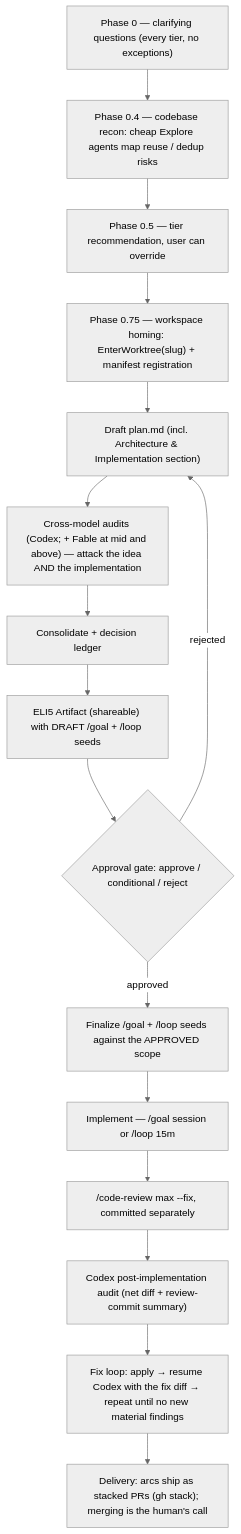
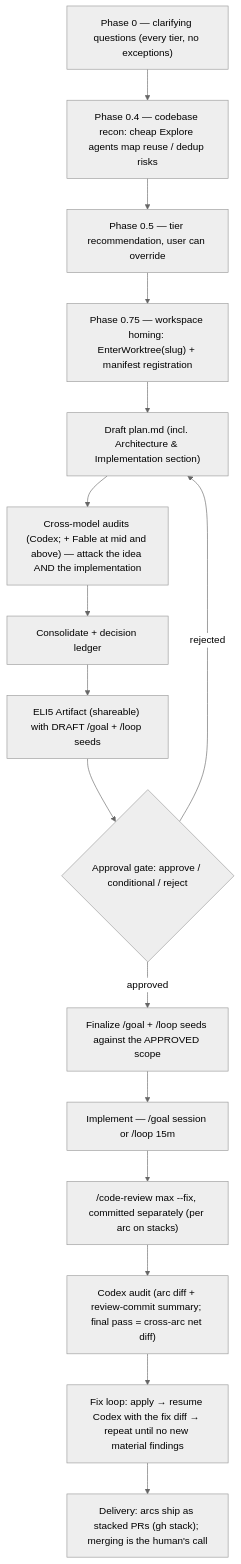
One commit to alejoamiras/aa-skills changed the diagram in skills/blueprint/README.md. Above: the diagram before and after it, drawn with Mermaid (neutral theme). The commit also changed other lines of this file and 1 other file, not shown here.

Commit message:
feat(blueprint): quality loops run per arc on stacked plans + final cross-arc integration pass
Each arc must review clean (code-review + codex loop, codex briefed with the arc map) before gh stack add opens the next arc — fixes land on their own branch with zero cascade, and no arc builds on unreviewed code. A fresh-session cross-arc pass over the net diff catches integration issues per-arc reviews can't see. PRs still open only after all loops converge.

````diff
--- a/skills/blueprint/README.md
+++ b/skills/blueprint/README.md
@@ -19,18 +19,18 @@
 ```mermaid
 flowchart TD
     Q["Phase 0 — clarifying questions (every tier, no exceptions)"] --> RC["Phase 0.4 — codebase recon: cheap Explore agents map reuse / dedup risks"]
     RC --> R["Phase 0.5 — tier recommendation, user can override"]
     R --> W["Phase 0.75 — workspace homing: EnterWorktree(slug) + manifest registration"]
     W --> D["Draft plan.md (incl. Architecture & Implementation section)"]
     D --> A["Cross-model audits (Codex; + Fable at mid and above) — attack the idea AND the implementation"]
     A --> C["Consolidate + decision ledger"]
     C --> E["ELI5 Artifact (shareable) with DRAFT /goal + /loop seeds"]
     E --> G{"Approval gate: approve / conditional / reject"}
     G -- "rejected" --> D
     G -- "approved" --> S["Finalize /goal + /loop seeds against the APPROVED scope"]
     S --> I["Implement — /goal session or /loop 15m"]
-    I --> V["/code-review max --fix, committed separately"]
-    V --> P["Codex post-implementation audit (net diff + review-commit summary)"]
+    I --> V["/code-review max --fix, committed separately (per arc on stacks)"]
+    V --> P["Codex audit (arc diff + review-commit summary; final pass = cross-arc net diff)"]
     P --> F["Fix loop: apply → resume Codex with the fix diff → repeat until no new material findings"]
     F --> T["Delivery: arcs ship as stacked PRs (gh stack); merging is the human's call"]
 ```
````
